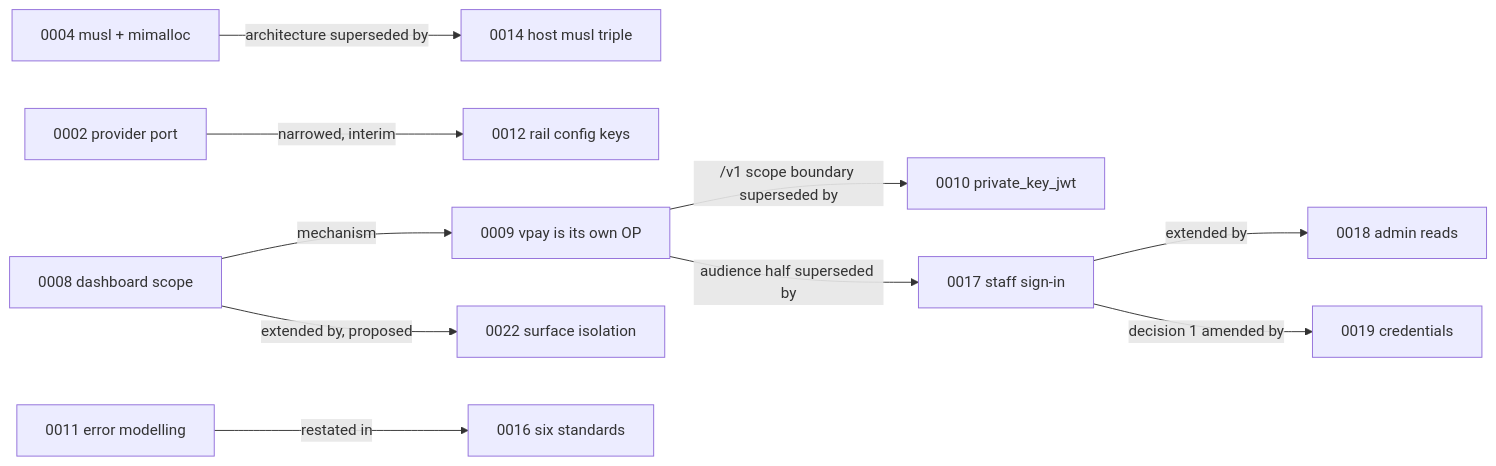
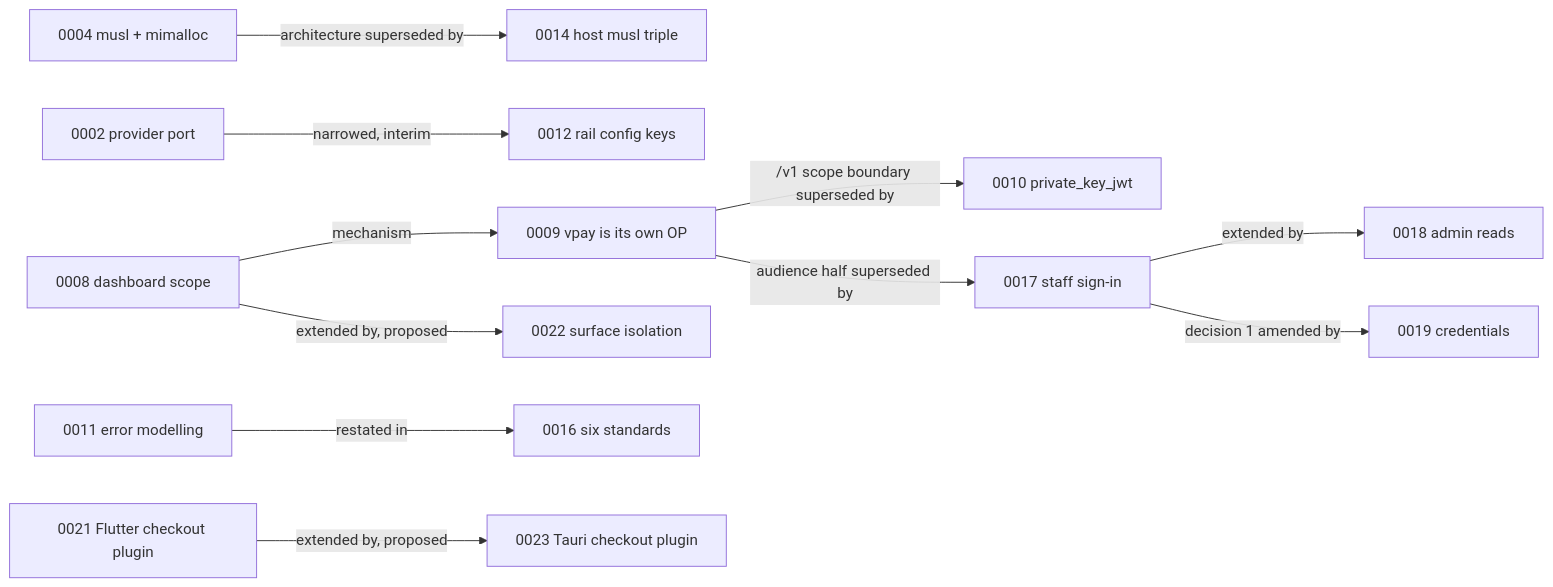
Before and after one commit to vaam-apps/vpay-docs: the second of 2 diagrams in docs/guide/decisions.md, drawn with Mermaid. The commit also changed other lines of this file and 28 other files, not shown here.

First line of the commit message:
docs: re-read every page vpay v0.5.0 moved, and document the Tauri plugin

````diff
--- a/docs/guide/decisions.md
+++ b/docs/guide/decisions.md
@@ -71,12 +72,13 @@
 ```mermaid
 flowchart LR
     A4["0004 musl + mimalloc"] -->|"architecture superseded by"| A14["0014 host musl triple"]
     A8["0008 dashboard scope"] -->|"mechanism"| A9["0009 vpay is its own OP"]
     A9 -->|"/v1 scope boundary superseded by"| A10["0010 private_key_jwt"]
     A9 -->|"audience half superseded by"| A17["0017 staff sign-in"]
     A17 -->|"extended by"| A18["0018 admin reads"]
     A17 -->|"decision 1 amended by"| A19["0019 credentials"]
     A2["0002 provider port"] -->|"narrowed, interim"| A12["0012 rail config keys"]
     A11["0011 error modelling"] -->|"restated in"| A16["0016 six standards"]
     A8 -->|"extended by, proposed"| A22["0022 surface isolation"]
+    A21["0021 Flutter checkout plugin"] -->|"extended by, proposed"| A23["0023 Tauri checkout plugin"]
 ```
````
